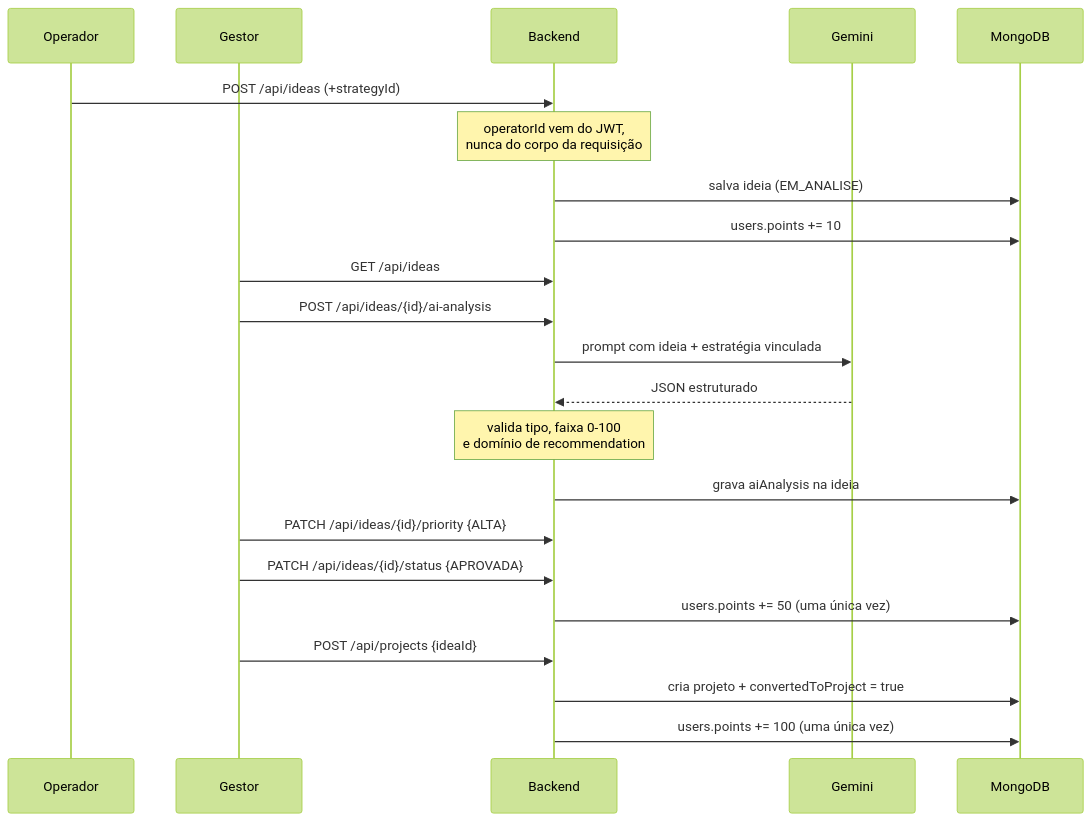
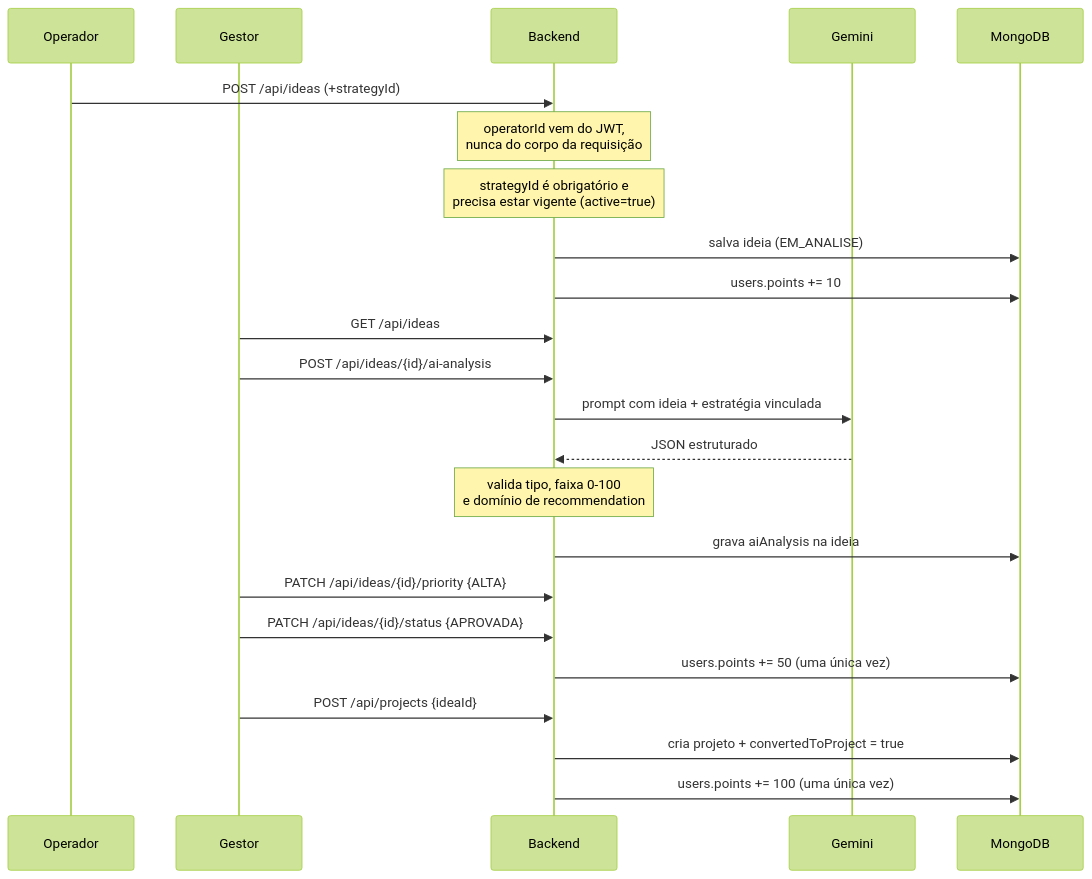
One commit to vlorenco/inova-gab changed the fourth of 6 diagrams in docs/architecture.md. Above: the diagram before and after it, drawn with Mermaid (forest theme). The commit also changed other lines of this file and 96 other files, not shown here.

````diff
--- a/docs/architecture.md
+++ b/docs/architecture.md
@@ -124,28 +124,29 @@
 ```mermaid
 sequenceDiagram
     participant OP as Operador
     participant GE as Gestor
     participant API as Backend
     participant G as Gemini
     participant DB as MongoDB
 
     OP->>API: POST /api/ideas (+strategyId)
     Note over API: operatorId vem do JWT,<br/>nunca do corpo da requisição
+    Note over API: strategyId é obrigatório e<br/>precisa estar vigente (active=true)
     API->>DB: salva ideia (EM_ANALISE)
     API->>DB: users.points += 10
 
     GE->>API: GET /api/ideas
     GE->>API: POST /api/ideas/{id}/ai-analysis
     API->>G: prompt com ideia + estratégia vinculada
     G-->>API: JSON estruturado
     Note over API: valida tipo, faixa 0-100<br/>e domínio de recommendation
     API->>DB: grava aiAnalysis na ideia
 
     GE->>API: PATCH /api/ideas/{id}/priority {ALTA}
     GE->>API: PATCH /api/ideas/{id}/status {APROVADA}
     API->>DB: users.points += 50 (uma única vez)
 
     GE->>API: POST /api/projects {ideaId}
     API->>DB: cria projeto + convertedToProject = true
     API->>DB: users.points += 100 (uma única vez)
 ```
````
